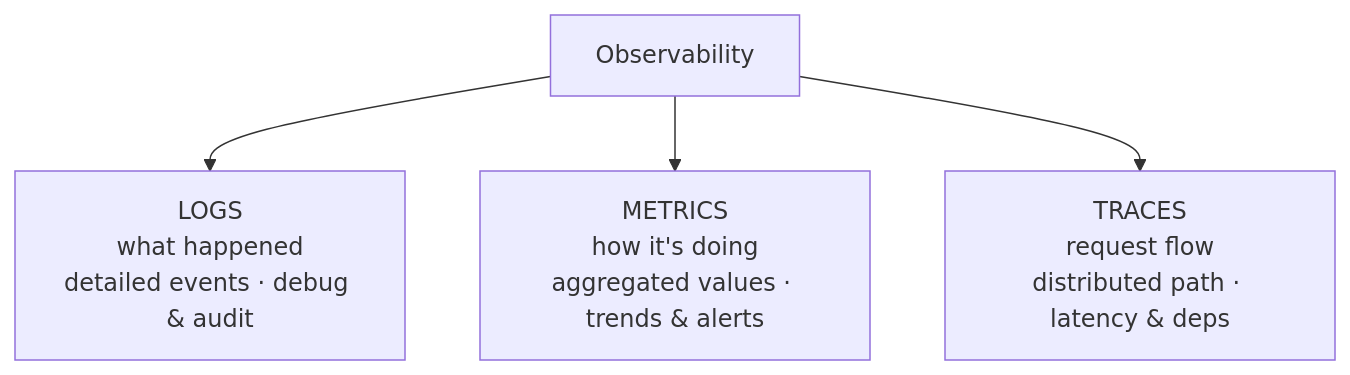
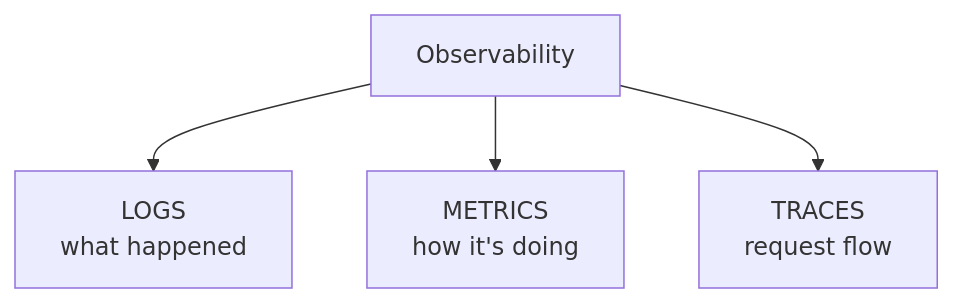
The diagram in .genesis/TEMPLATES/OBSERVABILITY.md (Schitzos/workflow), drawn with Mermaid before and after one commit. The commit also changed 8 other files, not shown here.

````diff
--- a/.genesis/TEMPLATES/OBSERVABILITY.md
+++ b/.genesis/TEMPLATES/OBSERVABILITY.md
@@ -19,7 +19,7 @@
 ```mermaid
 flowchart TB
     O[Observability]
-    O --> L[LOGS<br/>what happened<br/>detailed events · debug & audit]
-    O --> M[METRICS<br/>how it's doing<br/>aggregated values · trends & alerts]
-    O --> T[TRACES<br/>request flow<br/>distributed path · latency & deps]
+    O --> L["LOGS<br/>what happened"]
+    O --> M["METRICS<br/>how it's doing"]
+    O --> T["TRACES<br/>request flow"]
 ```
````
